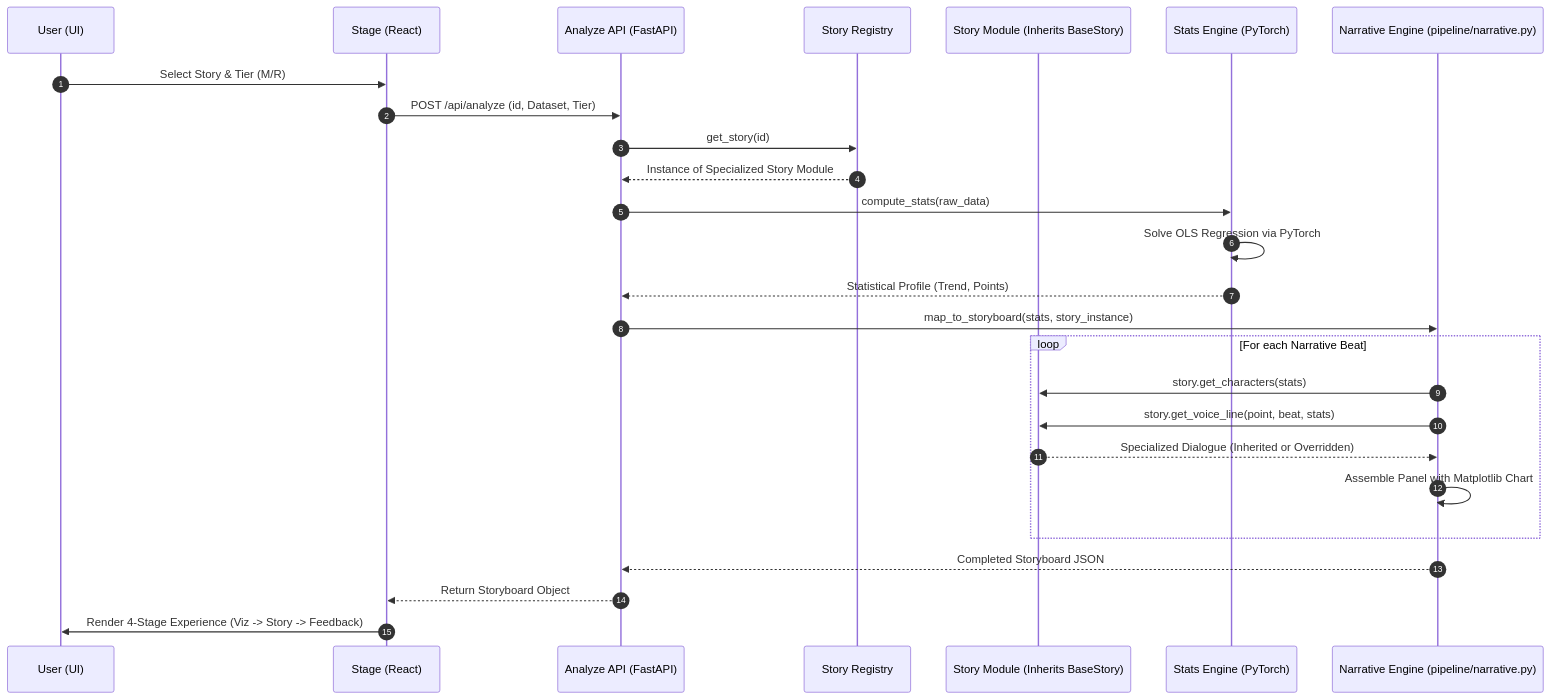
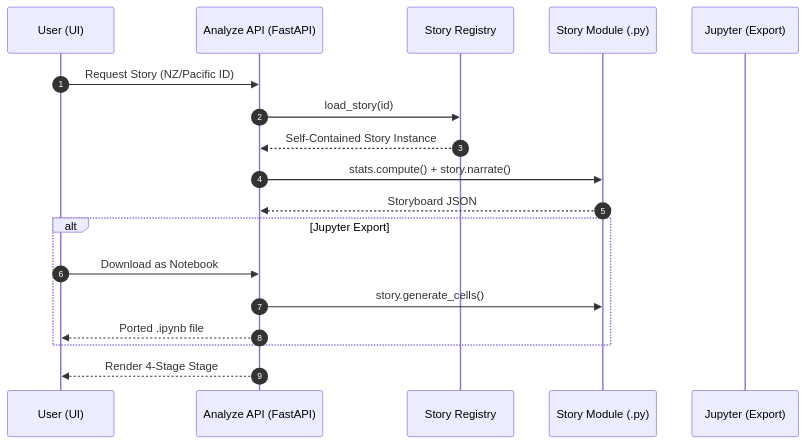
One commit to rvishravars/datum-ex-machina changed the second of 2 diagrams in docs/rendering_pipeline.md. Above: the diagram before and after it, drawn with Mermaid. The commit also changed other lines of this file and 1 other file, not shown here.

Commit message:
docs: finalize the Pacific Research Archive and Story-as-Code vision

````diff
--- a/docs/rendering_pipeline.md
+++ b/docs/rendering_pipeline.md
@@ -46,36 +35,25 @@
 ```mermaid
 sequenceDiagram
     autonumber
     participant U as User (UI)
-    participant S as Stage (React)
     participant A as Analyze API (FastAPI)
     participant R as Story Registry
-    participant SM as Story Module (Inherits BaseStory)
-    participant ST as Stats Engine (PyTorch)
-    participant N as Narrative Engine (pipeline/narrative.py)
+    participant SM as Story Module (.py)
+    participant J as Jupyter (Export)
 
-    U->>S: Select Story & Tier (M/R)
-    S->>A: POST /api/analyze (id, Dataset, Tier)
+    U->>A: Request Story (NZ/Pacific ID)
     
-    A->>R: get_story(id)
-    R-->>A: Instance of Specialized Story Module
+    A->>R: load_story(id)
+    R-->>A: Self-Contained Story Instance
     
-    A->>ST: compute_stats(raw_data)
-    ST->>ST: Solve OLS Regression via PyTorch
-    ST-->>A: Statistical Profile (Trend, Points)
+    A->>SM: stats.compute() + story.narrate()
+    SM-->>A: Storyboard JSON
+    
+    alt Jupyter Export
+        U->>A: Download as Notebook
+        A->>SM: story.generate_cells()
+        A-->>U: Ported .ipynb file
+    end
 
-    A->>N: map_to_storyboard(stats, story_instance)
-    
-    loop For each Narrative Beat
-        N->>SM: story.get_characters(stats)
-        N->>SM: story.get_voice_line(point, beat, stats)
-        SM-->>N: Specialized Dialogue (Inherited or Overridden)
-        
-        N->>N: Assemble Panel with Matplotlib Chart
-    end
-    
-    N-->>A: Completed Storyboard JSON
-    A-->>S: Return Storyboard Object
-    
-    S->>U: Render 4-Stage Experience (Viz -> Story -> Feedback)
+    A-->>U: Render 4-Stage Stage
 ```
````
